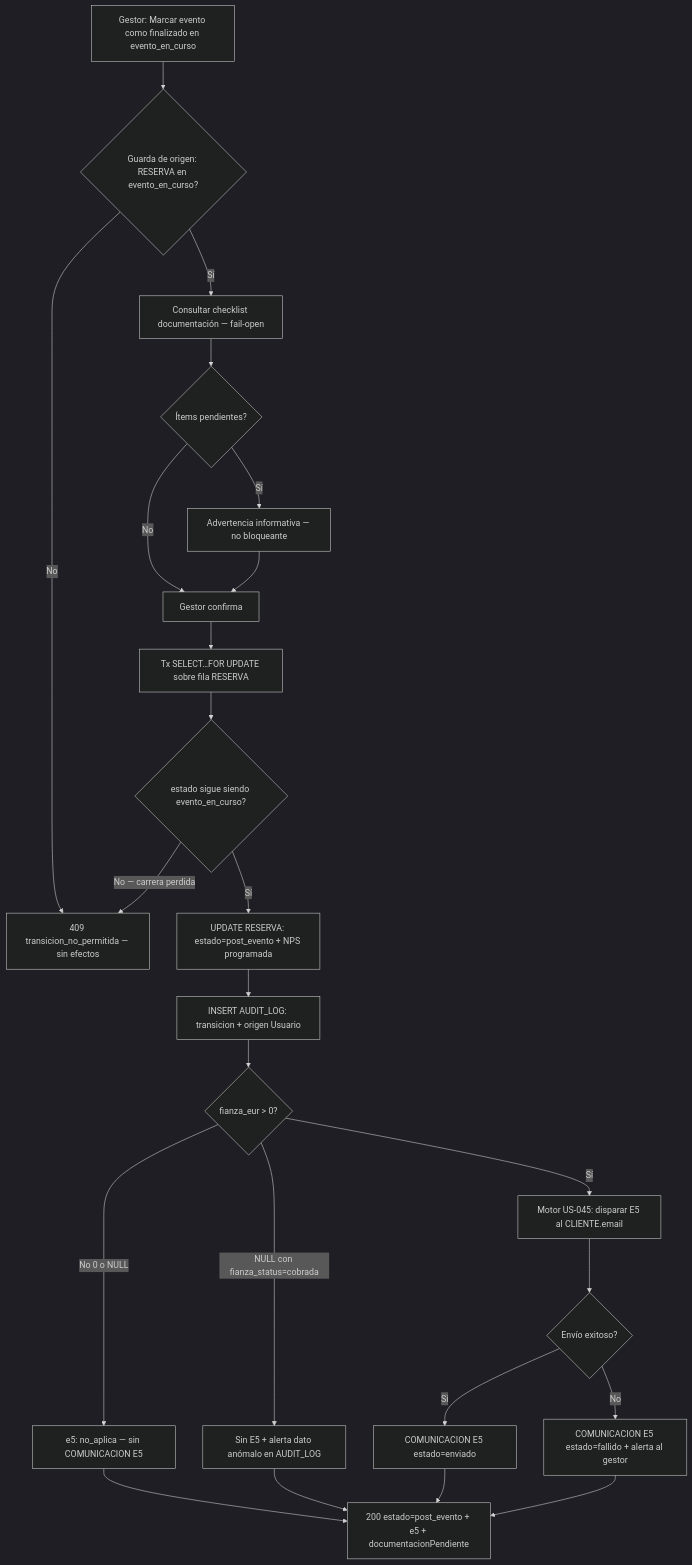
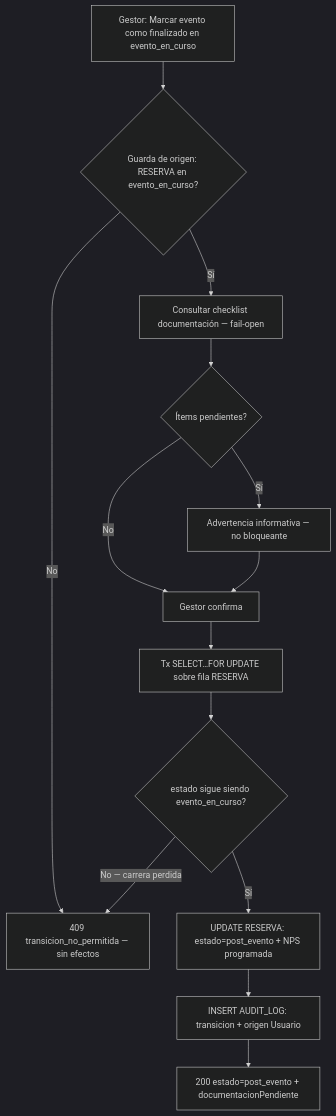
Before and after one commit to rvila89/slotify: diagram 20 of 24 in docs/use-cases.md, drawn with Mermaid (dark theme). The commit also changed other lines of this file and 209 other files, not shown here.

````diff
--- a/docs/use-cases.md
+++ b/docs/use-cases.md
@@ -1640,26 +1627,16 @@
 ```mermaid
 flowchart TD
     A[Gestor: Marcar evento como finalizado en evento_en_curso] --> B{Guarda de origen: RESERVA en evento_en_curso?}
     B -->|No| C[409 transicion_no_permitida — sin efectos]
     B -->|Sí| D[Consultar checklist documentación — fail-open]
     D --> E{Ítems pendientes?}
     E -->|Sí| F[Advertencia informativa — no bloqueante]
     E -->|No| G[Gestor confirma]
     F --> G
     G --> H[Tx SELECT…FOR UPDATE sobre fila RESERVA]
     H --> I{estado sigue siendo evento_en_curso?}
     I -->|No — carrera perdida| C
     I -->|Sí| J[UPDATE RESERVA: estado=post_evento + NPS programada]
     J --> K[INSERT AUDIT_LOG: transicion + origen Usuario]
-    K --> L{fianza_eur > 0?}
-    L -->|No 0 o NULL| M[e5: no_aplica — sin COMUNICACION E5]
-    L -->|NULL con fianza_status=cobrada| N[Sin E5 + alerta dato anómalo en AUDIT_LOG]
-    L -->|Sí| O[Motor US-045: disparar E5 al CLIENTE.email]
-    O --> P{Envío exitoso?}
-    P -->|Sí| Q[COMUNICACION E5 estado=enviado]
-    P -->|No| R[COMUNICACION E5 estado=fallido + alerta al gestor]
-    M --> S[200 estado=post_evento + e5 + documentacionPendiente]
-    N --> S
-    Q --> S
-    R --> S
+    K --> S[200 estado=post_evento + documentacionPendiente]
 ```
````
